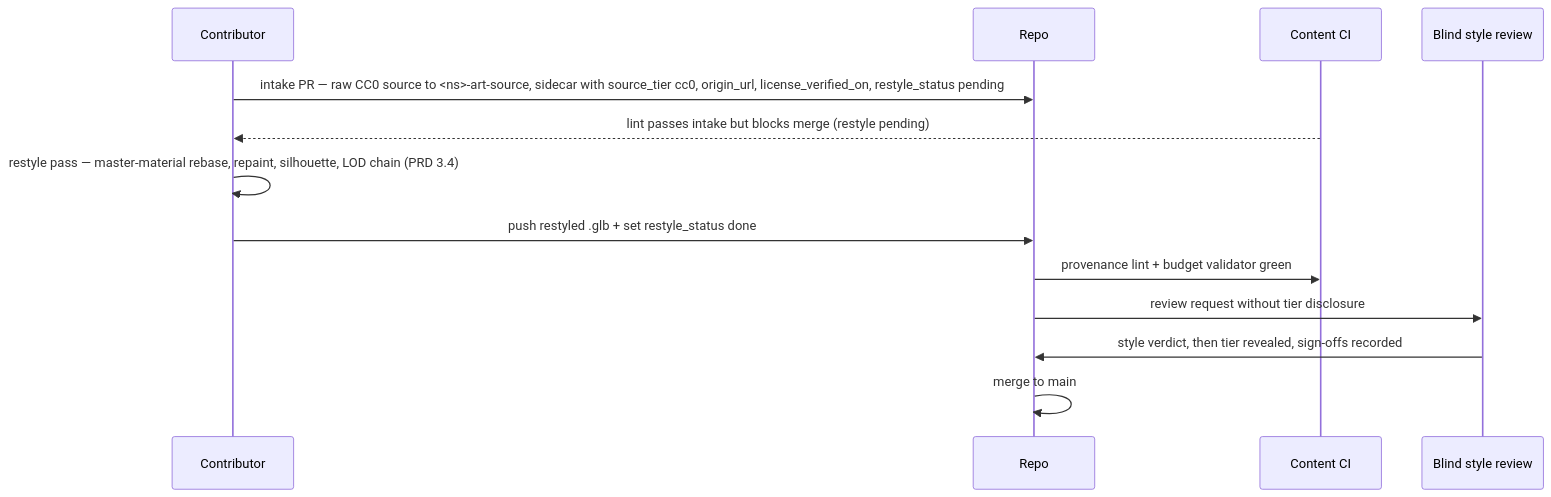
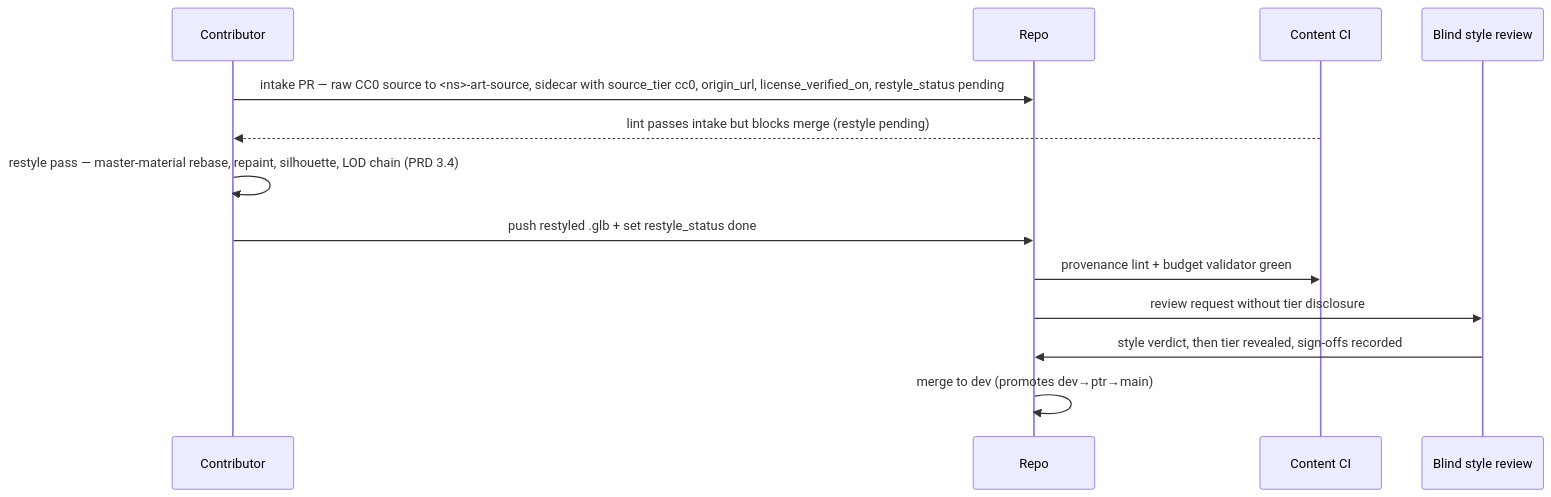
Before and after one commit to kwilliams312/project_meridian: the third of 4 diagrams in docs/sad/art-sad.md, drawn with Mermaid. The commit also changed other lines of this file and 2 other files, not shown here.

Commit message:
docs(cd): reconcile contract docs with D-37 three-branch realm model
Record the hosted-realm GitOps CD decision and update the PRD/SAD prose that
still described the old single-main autopublish + nightly compose test realm:

- 01-SYNC-DECISIONS.md: append §16 / D-37 (three-branch Dev/PTR/Prod realms via
  ArgoCD; amends D-30 rules 1 & 5); add an amendment pointer on the D-30 record.
- server-prd.md §6: CD paragraph now per-branch multi-arch publish + ArgoCD/Helm
  hosted realms (compose = local reference); test-realm paragraph → GitOps realms.
- art-sad.md §3.2/§5.2: asset review gate is 'merge to dev' (integration branch),
  not 'merge to main'.

Traceability check green (54 features, 5 PRDs synced).

````diff
--- a/docs/sad/art-sad.md
+++ b/docs/sad/art-sad.md
@@ -261,16 +261,16 @@
 ```mermaid
 sequenceDiagram
     participant C as Contributor
     participant R as Repo
     participant CI as Content CI
     participant Rev as Blind style review
 
     C->>R: intake PR — raw CC0 source to <ns>-art-source, sidecar with source_tier cc0, origin_url, license_verified_on, restyle_status pending
     CI-->>C: lint passes intake but blocks merge (restyle pending)
     C->>C: restyle pass — master-material rebase, repaint, silhouette, LOD chain (PRD 3.4)
     C->>R: push restyled .glb + set restyle_status done
     R->>CI: provenance lint + budget validator green
     R->>Rev: review request without tier disclosure
     Rev->>R: style verdict, then tier revealed, sign-offs recorded
-    R->>R: merge to main
+    R->>R: merge to dev (promotes dev→ptr→main)
 ```
````
